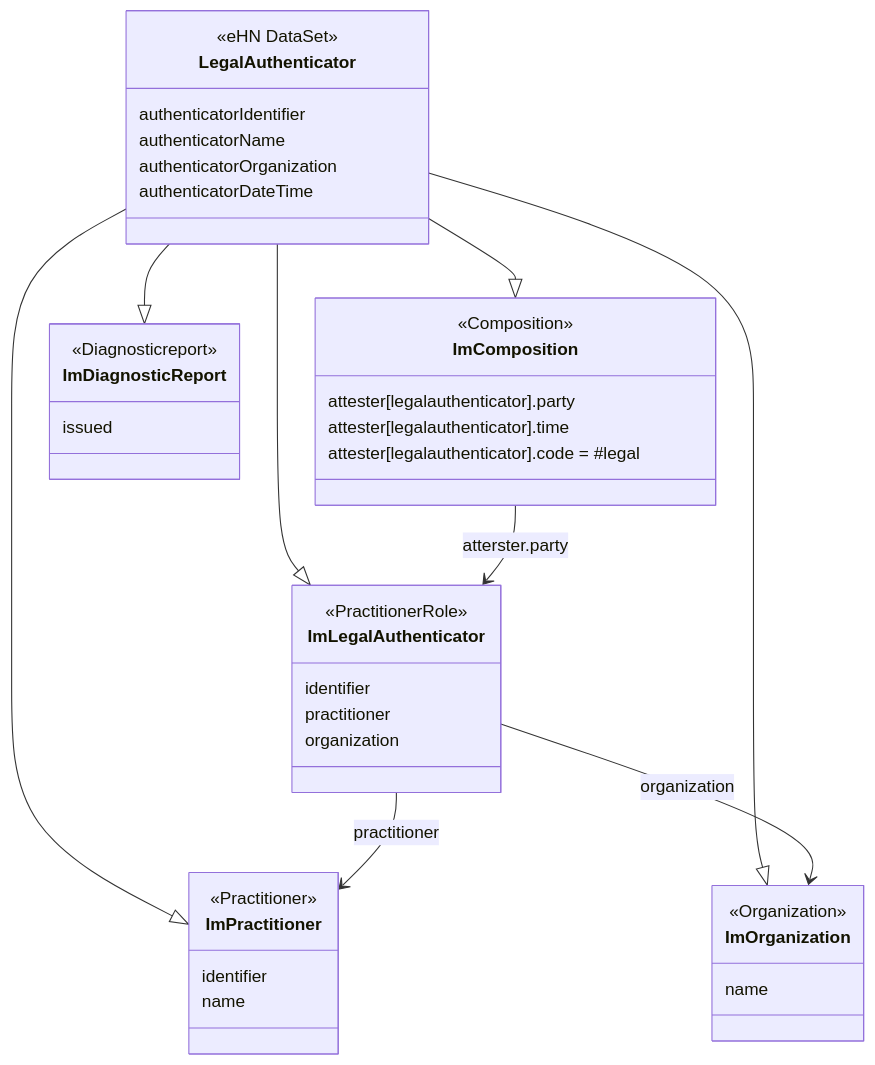
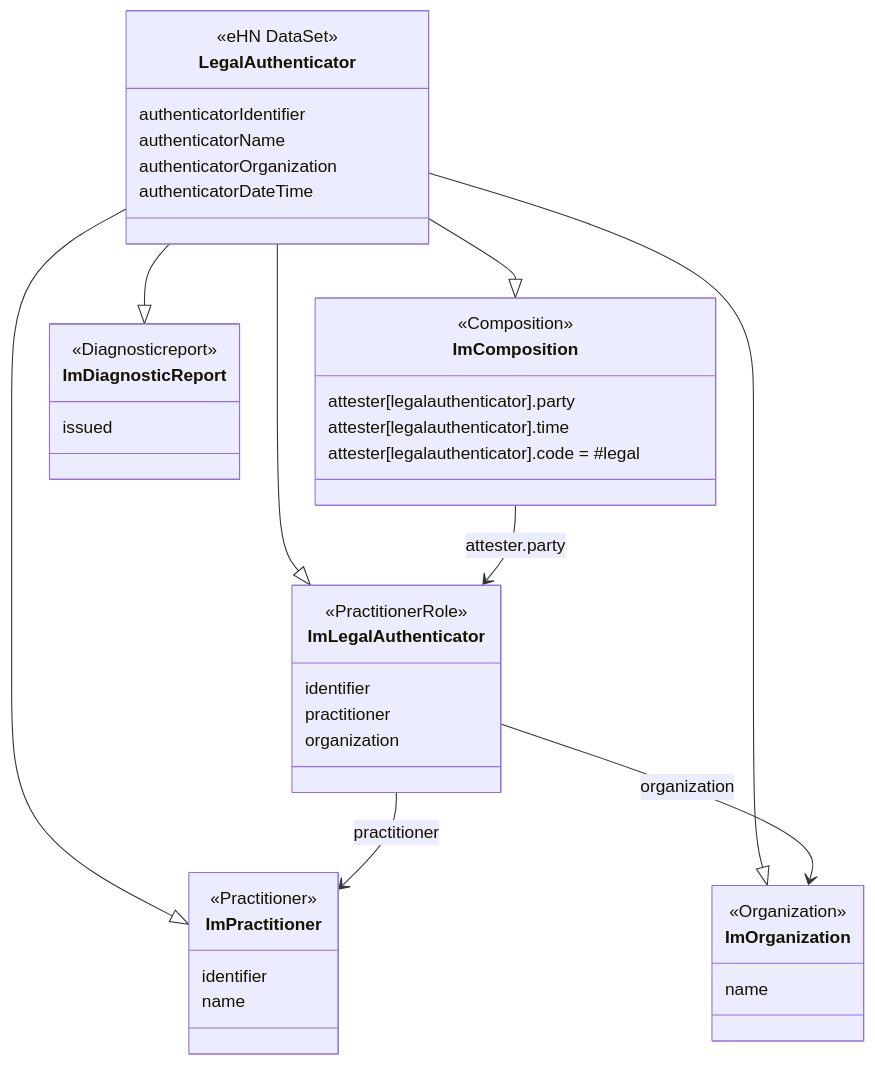
One commit to oijauregui/ehdsimaging changed the diagram in input/intro-notes/ConceptMap-A-1-6-LegalAuthenticatorMapping-intro.md. Above: the diagram before and after it, drawn with Mermaid. The commit also changed 37 other files, not shown here.

````diff
--- a/input/intro-notes/ConceptMap-A-1-6-LegalAuthenticatorMapping-intro.md
+++ b/input/intro-notes/ConceptMap-A-1-6-LegalAuthenticatorMapping-intro.md
@@ -3,45 +3,45 @@
 ```mermaid
 classDiagram
     class LegalAuthenticator{
         <<eHN DataSet>>
         authenticatorIdentifier
         authenticatorName
         authenticatorOrganization
         authenticatorDateTime
     }
     class ImLegalAuthenticator{
         <<PractitionerRole>>
         identifier
         practitioner
         organization
     }
     class ImPractitioner{
         <<Practitioner>>
         identifier
         name
     }
     class ImOrganization{
         <<Organization>>
         name
     }
     class ImComposition{
         <<Composition>>
         attester[legalauthenticator].party
         attester[legalauthenticator].time
         attester[legalauthenticator].code = #legal
     }
     class ImDiagnosticReport{
         <<Diagnosticreport>>
         issued
     }
     LegalAuthenticator --|> ImLegalAuthenticator
     LegalAuthenticator --|> ImPractitioner
     LegalAuthenticator --|> ImOrganization
     LegalAuthenticator --|> ImComposition
     LegalAuthenticator --|> ImDiagnosticReport
     
-    ImComposition --> ImLegalAuthenticator: atterster.party    
+    ImComposition --> ImLegalAuthenticator: attester.party    
     ImLegalAuthenticator --> ImPractitioner: practitioner
     ImLegalAuthenticator --> ImOrganization: organization  
 
 ```
````
